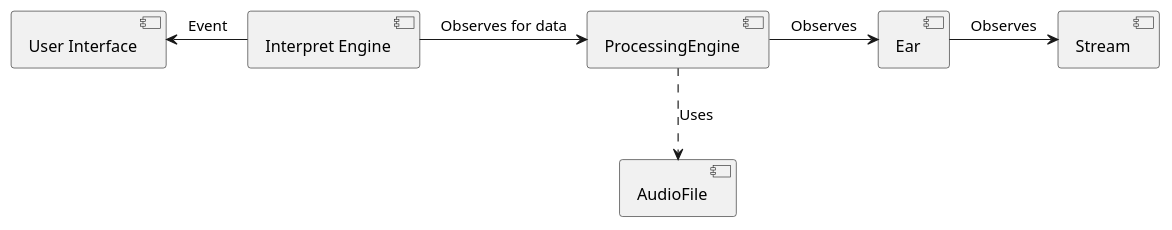
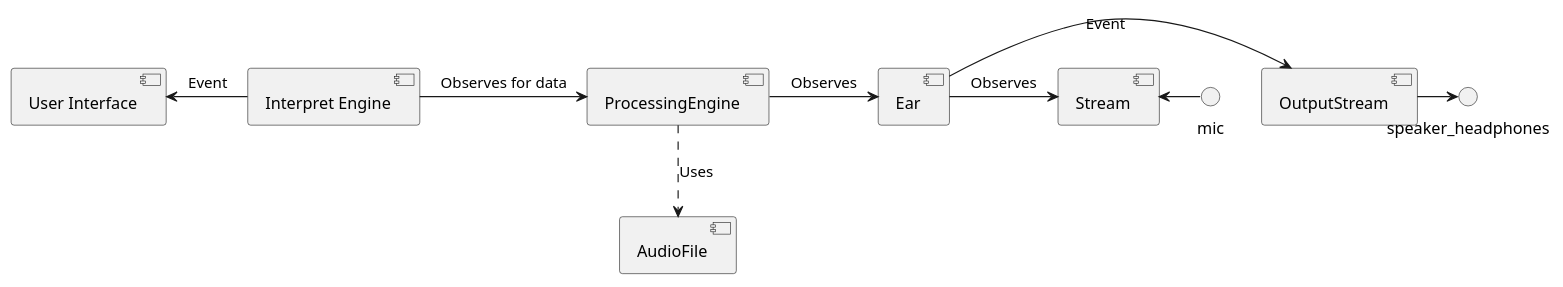
The diagram in docs/ApplicationFlow.puml (maciejj04/Apollo), drawn with PlantUML before and after one commit. The commit also changed 14 other files, not shown here.

```diff
--- a/docs/ApplicationFlow.puml
+++ b/docs/ApplicationFlow.puml
@@ -1,12 +1,15 @@
 @startuml
 
 
 [User Interface] <- [Interpret Engine] : Event
 [Interpret Engine] -> [ProcessingEngine] : Observes for data
 
 [ProcessingEngine] ..> [AudioFile] : Uses
 [ProcessingEngine] -> [Ear] : Observes
 
+[Ear] -> [OutputStream] : Event
 [Ear] -> [Stream] : Observes
 
+[Stream] <- mic
+[OutputStream] -> speaker_headphones
 @enduml
```
